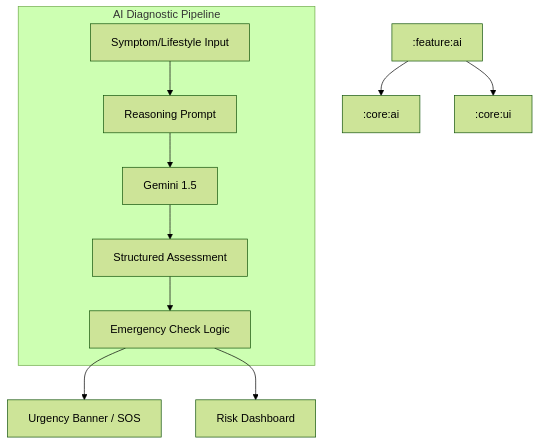
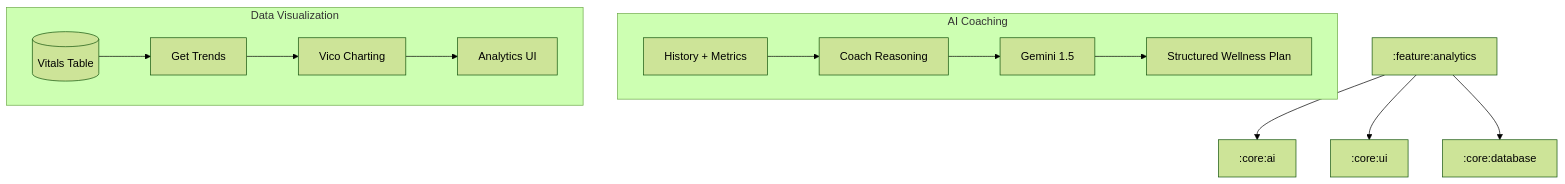
One commit to KotlinFiroj/Ai-HealthCare-App changed the diagram in .artifacts/4dc8775b-7ddf-49a0-b4e6-8fda79cbdfec/implementation_plan.artifact.md. Above: the diagram before and after it, drawn with Mermaid (forest theme). The commit also changed other lines of this file and 22 other files, not shown here.

Commit message:
Implement Phase 15: AI Health Coach and Analytics with wellness planning, trend visualization, and navigation setup

````diff
--- a/.artifacts/4dc8775b-7ddf-49a0-b4e6-8fda79cbdfec/implementation_plan.artifact.md
+++ b/.artifacts/4dc8775b-7ddf-49a0-b4e6-8fda79cbdfec/implementation_plan.artifact.md
@@ -50,15 +52,18 @@
 ```mermaid
 graph TD
-    F_AI[:feature:ai] --> C_AI[:core:ai]
-    F_AI --> C_UI[:core:ui]
+    F_Analytics[:feature:analytics] --> C_AI[:core:ai]
+    F_Analytics --> C_UI[:core:ui]
+    F_Analytics --> C_DB[:core:database]
 
-    subgraph AI Diagnostic Pipeline
-        Input[Symptom/Lifestyle Input] --> Prompt[Reasoning Prompt]
-        Prompt --> Gemini[Gemini 1.5]
-        Gemini --> StructuredJSON[Structured Assessment]
-        StructuredJSON --> Logic[Emergency Check Logic]
+    subgraph AI Coaching
+        UserHistory[History + Metrics] --> CoachPrompt[Coach Reasoning]
+        CoachPrompt --> Gemini[Gemini 1.5]
+        Gemini --> WellnessPlan[Structured Wellness Plan]
     end
 
-    Logic --> Banner[Urgency Banner / SOS]
-    Logic --> Dashboard[Risk Dashboard]
+    subgraph Data Visualization
+        DB_Metrics[(Vitals Table)] --> TrendUseCase[Get Trends]
+        TrendUseCase --> Vico[Vico Charting]
+        Vico --> UI_Charts[Analytics UI]
+    end
 ```
````
